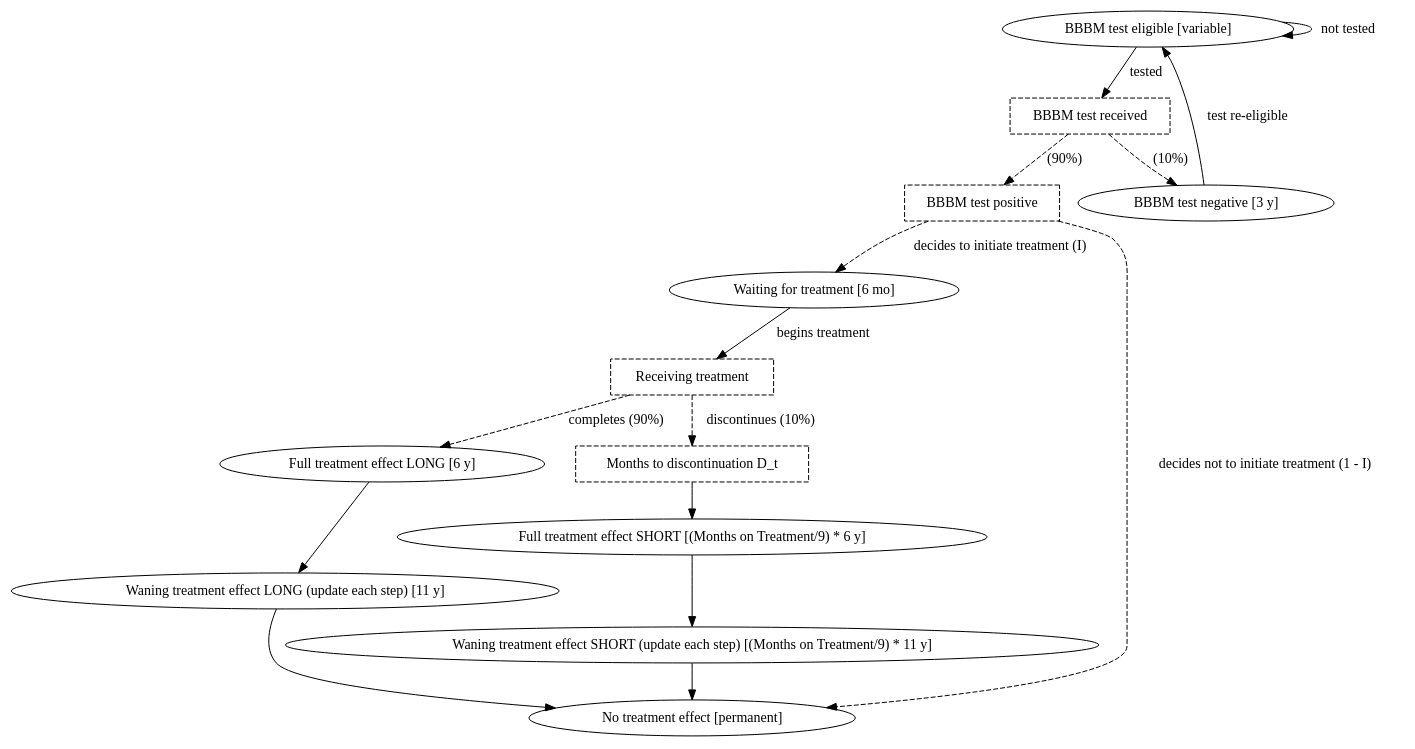
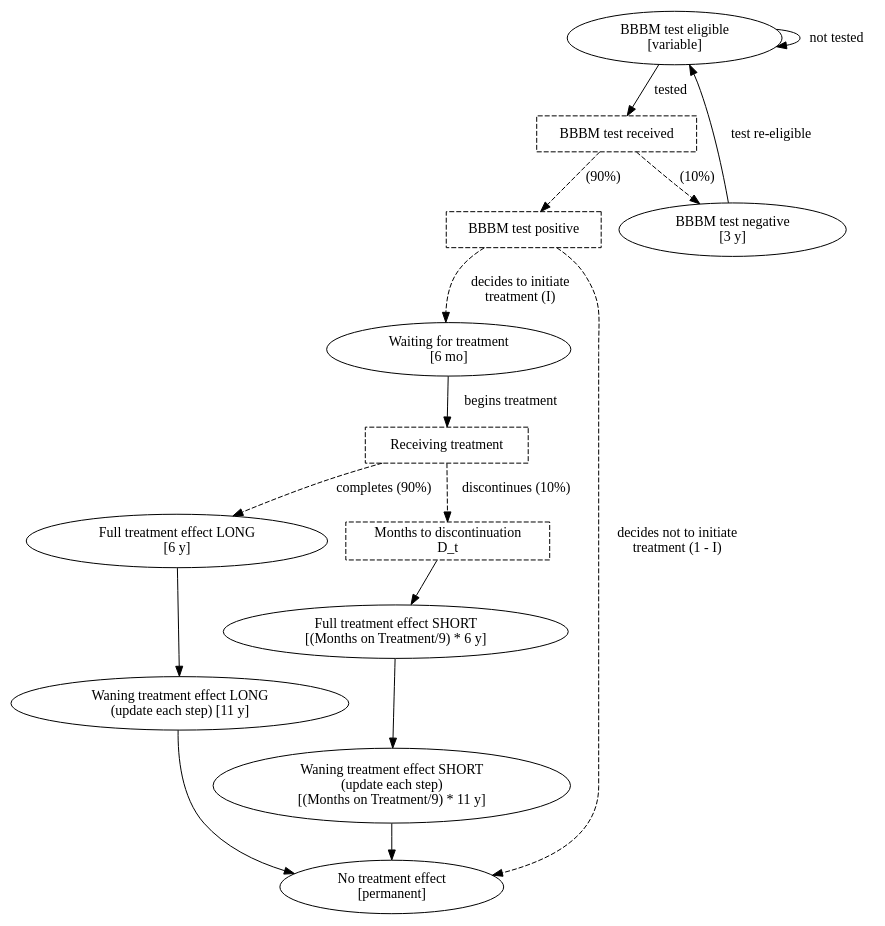
One commit to ihmeuw/vivarium_research changed the diagram in docs/source/models/intervention_models/alzheimers/hypothetical_treatment.rst. Above: the diagram before and after it, drawn with Graphviz. The commit also changed 1 other file, not shown here.

Commit message:
Compact two wide Alzheimer's graphviz diagrams added upstream
Convert the preclinical/MCI progression chain to a vertical layout and
wrap the long state and edge labels in the hypothetical treatment state
diagram (1400pt -> 870pt wide), matching the vertical-layout cleanup
applied to the other cause model diagrams on this branch.

Claude-Session: https://claude.ai/code/session_01VxcEra3vQ4c7XYEqqMappG

```diff
--- a/docs/source/models/intervention_models/alzheimers/hypothetical_treatment.rst
+++ b/docs/source/models/intervention_models/alzheimers/hypothetical_treatment.rst
@@ -83,44 +83,44 @@
 .. graphviz::
 
     digraph treatment_states {
         rankdir = TB;
-        el [label="BBBM test eligible [variable]"]
+        el [label="BBBM test eligible\n[variable]"]
         test [label="BBBM test received", style=dashed, shape=box]
 
         pos [label="BBBM test positive", style=dashed, shape=box]
-        neg [label="BBBM test negative [3 y]"]
+        neg [label="BBBM test negative\n[3 y]"]
 
-        wait [label="Waiting for treatment [6 mo]"]
+        wait [label="Waiting for treatment\n[6 mo]"]
         in_treat [label="Receiving treatment", style=dashed, shape=box]
-        no_treat [label="No treatment effect [permanent]"]
+        no_treat [label="No treatment effect\n[permanent]"]
 
-        treat [label="Full treatment effect LONG [6 y]"]
-        wane [label="Waning treatment effect LONG (update each step) [11 y]"]
+        treat [label="Full treatment effect LONG\n[6 y]"]
+        wane [label="Waning treatment effect LONG\n(update each step) [11 y]"]
 
-        discon_time [label = "Months to discontinuation D_t", style=dashed, shape=box]
-        treat_short [label = "Full treatment effect SHORT [(Months on Treatment/9) * 6 y]"]
-        wane_short [label = "Waning treatment effect SHORT (update each step) [(Months on Treatment/9) * 11 y]"]
+        discon_time [label = "Months to discontinuation\nD_t", style=dashed, shape=box]
+        treat_short [label = "Full treatment effect SHORT\n[(Months on Treatment/9) * 6 y]"]
+        wane_short [label = "Waning treatment effect SHORT\n(update each step)\n[(Months on Treatment/9) * 11 y]"]
 
         el -> test [label = "tested"]
         el -> el [label = "not tested"]
 
         test -> pos  [label = "(90%)", style=dashed]
         test -> neg [label = "(10%)", style=dashed]
         neg -> el [label = "test re-eligible"]
 
-        pos -> wait [label = "decides to initiate treatment (I)", style=dashed]
-        pos -> no_treat [label = "decides not to initiate treatment (1 - I)", style=dashed]
+        pos -> wait [label = "decides to initiate\ntreatment (I)", style=dashed]
+        pos -> no_treat [label = "decides not to initiate\ntreatment (1 - I)", style=dashed]
 
         wait -> in_treat [label = "begins treatment"]
         in_treat -> treat [label = "completes (90%)", style=dashed]
 
         in_treat -> discon_time [label = "discontinues (10%)", style=dashed]
         discon_time -> treat_short
 
         treat_short -> wane_short
         wane_short -> no_treat
 
         treat -> wane 
 
         wane -> no_treat
     }
```
